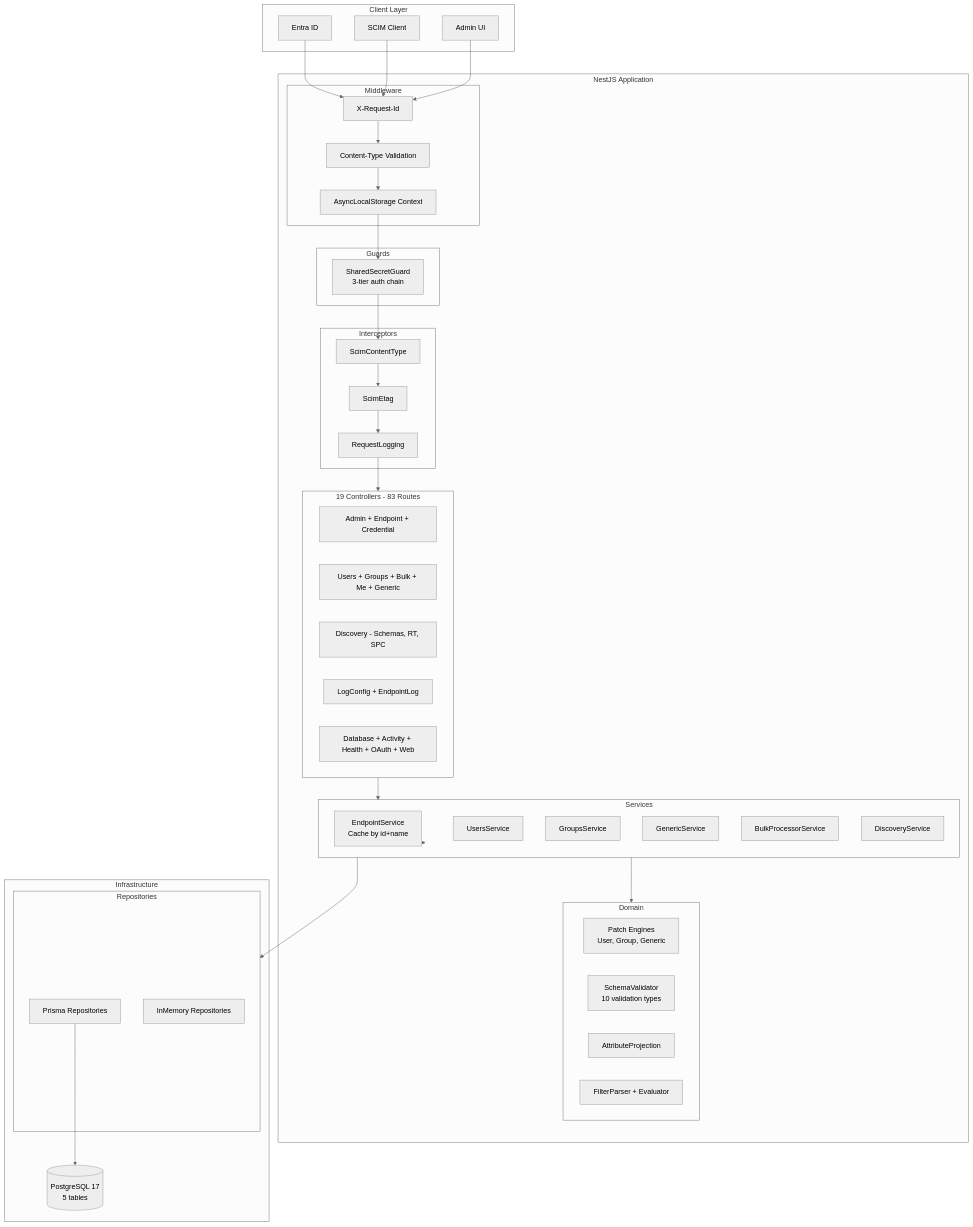
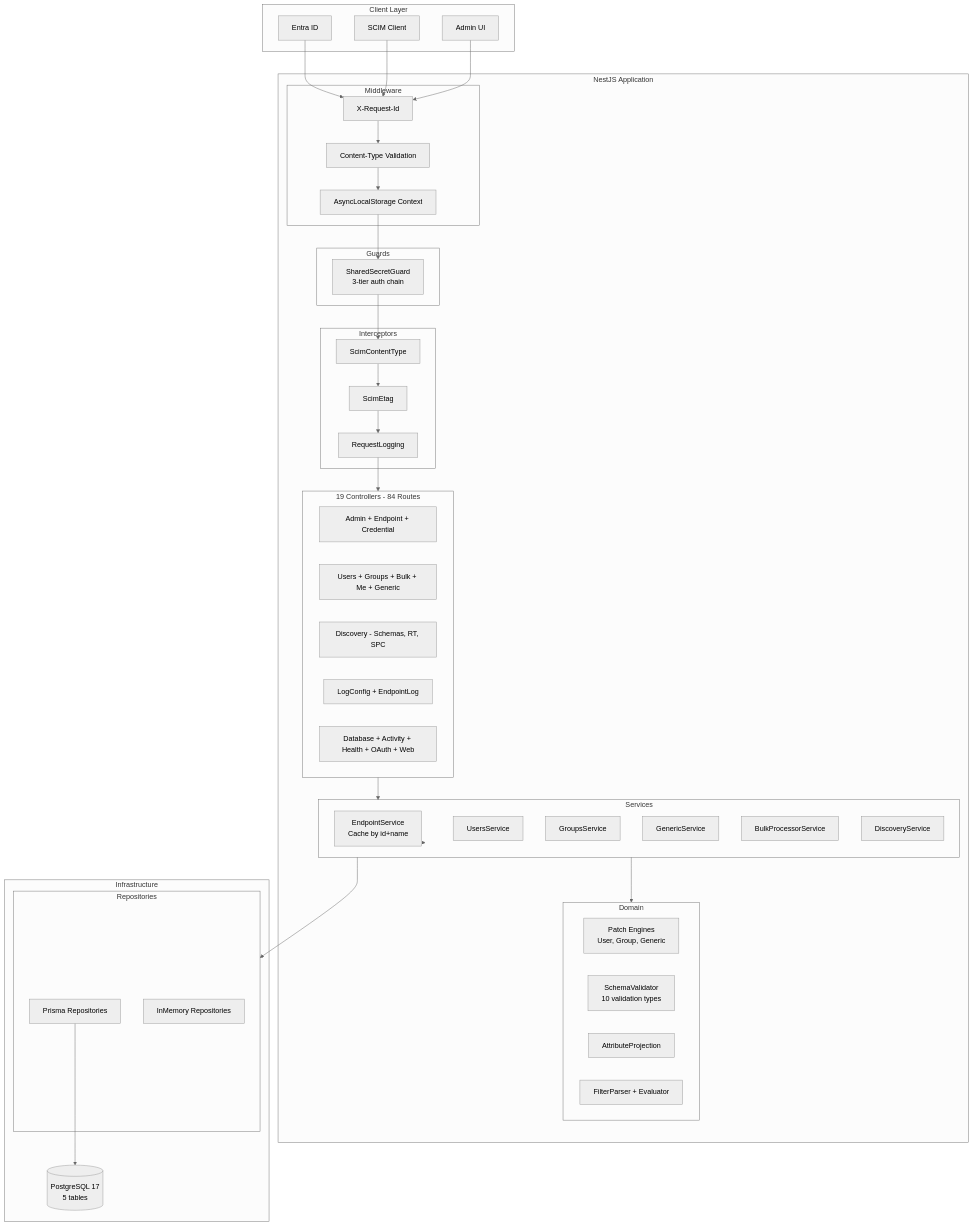
One commit to pranems/SCIMServer changed the first of 11 diagrams in docs/TECHNICAL_DESIGN_DOCUMENT.md. Above: the diagram before and after it, drawn with Mermaid (neutral theme). The commit also changed 13 other files, not shown here.

````diff
--- a/docs/TECHNICAL_DESIGN_DOCUMENT.md
+++ b/docs/TECHNICAL_DESIGN_DOCUMENT.md
@@ -30,69 +30,69 @@
 ```mermaid
 flowchart TB
     subgraph Client Layer
         C1[Entra ID]
         C2[SCIM Client]
         C3[Admin UI]
     end
 
     subgraph NestJS Application
         subgraph Middleware
             MW1[X-Request-Id]
             MW2[Content-Type Validation]
             MW3[AsyncLocalStorage Context]
         end
 
         subgraph Guards
             G1[SharedSecretGuard<br>3-tier auth chain]
         end
 
         subgraph Interceptors
             I1[ScimContentType]
             I2[ScimEtag]
             I3[RequestLogging]
         end
 
-        subgraph Controllers [19 Controllers - 83 Routes]
+        subgraph Controllers [19 Controllers - 84 Routes]
             Admin[Admin + Endpoint + Credential]
             SCIM[Users + Groups + Bulk + Me + Generic]
             Disc[Discovery - Schemas, RT, SPC]
             Log[LogConfig + EndpointLog]
             Other[Database + Activity + Health + OAuth + Web]
         end
 
         subgraph Services
             ES[EndpointService<br>Cache by id+name]
             US[UsersService]
             GS[GroupsService]
             GenS[GenericService]
             BS[BulkProcessorService]
             DS[DiscoveryService]
         end
 
         subgraph Domain
             PE[Patch Engines<br>User, Group, Generic]
             SV[SchemaValidator<br>10 validation types]
             AP[AttributeProjection]
             FP[FilterParser + Evaluator]
         end
     end
 
     subgraph Infrastructure
         subgraph Repositories
             PR[Prisma Repositories]
             IR[InMemory Repositories]
         end
         DB[(PostgreSQL 17<br>5 tables)]
     end
 
     C1 & C2 --> MW1
     C3 --> MW1
     MW1 --> MW2 --> MW3 --> G1
     G1 --> I1 --> I2 --> I3
     I3 --> Controllers
     Controllers --> Services
     Services --> Domain
     Services --> ES
     Services --> Repositories
     PR --> DB
 ```
````
